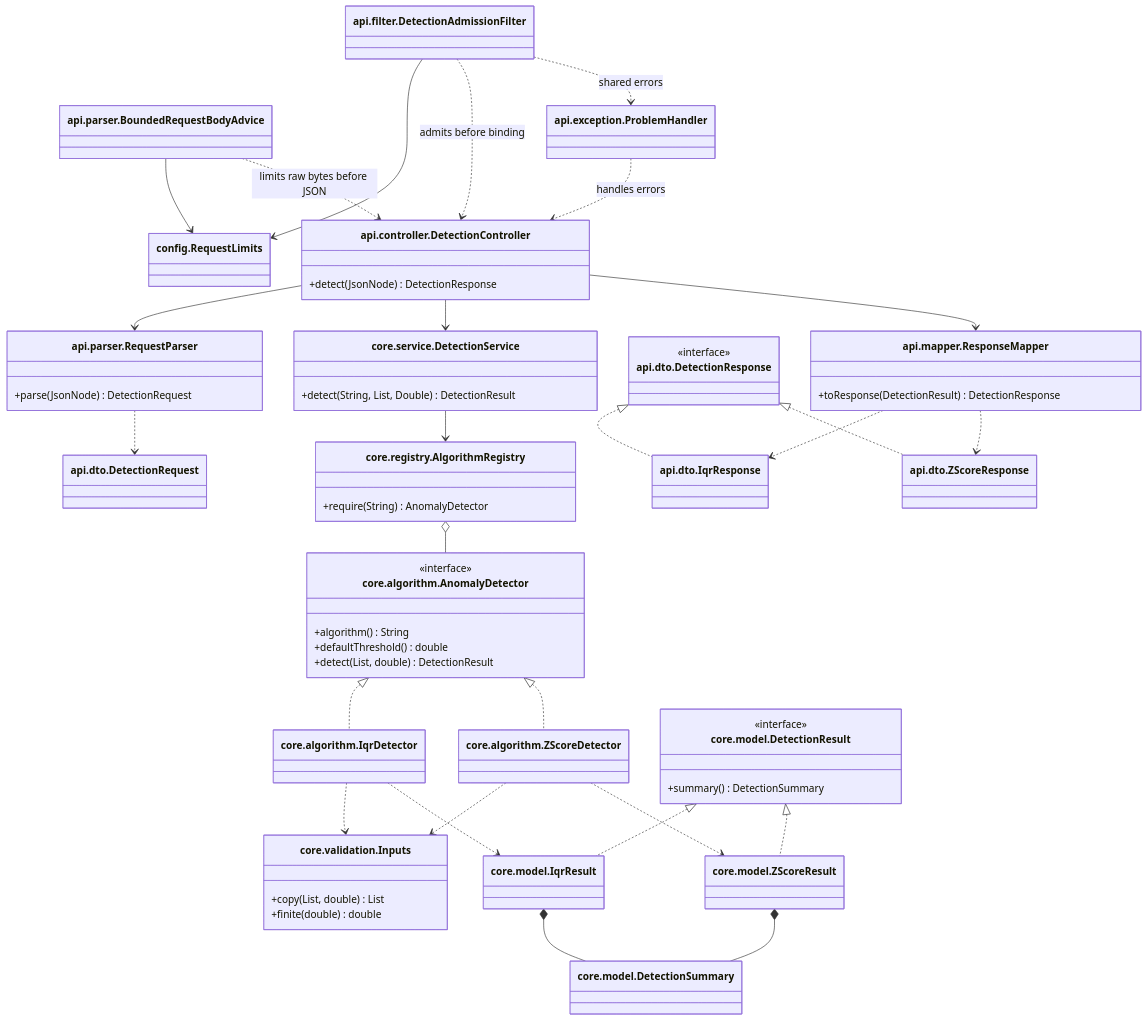
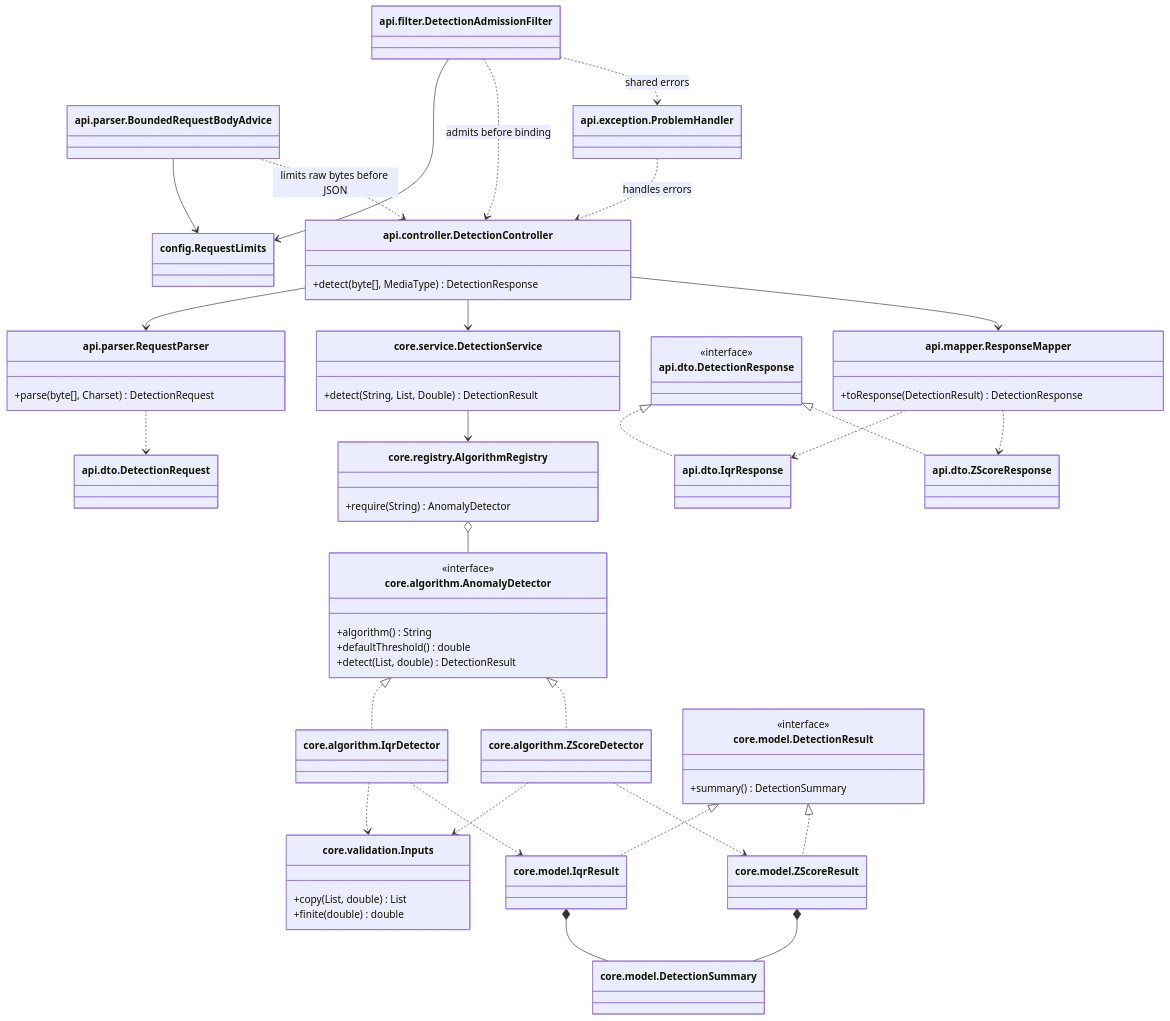
Before and after one commit to ali-souri/anomaly-detection: the diagram in docs/architecture.md, drawn with Mermaid. The commit also changed other lines of this file and 116 other files, not shown here.

````diff
--- a/docs/architecture.md
+++ b/docs/architecture.md
@@ -50,73 +50,73 @@
 ```mermaid
 classDiagram
     class DetectionAdmissionFilter["api.filter.DetectionAdmissionFilter"]
     class BoundedRequestBodyAdvice["api.parser.BoundedRequestBodyAdvice"]
     class RequestLimits["config.RequestLimits"]
     class DetectionController["api.controller.DetectionController"] {
-      +detect(JsonNode) DetectionResponse
+      +detect(byte[], MediaType) DetectionResponse
     }
     class RequestParser["api.parser.RequestParser"] {
-      +parse(JsonNode) DetectionRequest
+      +parse(byte[], Charset) DetectionRequest
     }
     class DetectionRequest["api.dto.DetectionRequest"]
     class ResponseMapper["api.mapper.ResponseMapper"] {
       +toResponse(DetectionResult) DetectionResponse
     }
     class DetectionResponse["api.dto.DetectionResponse"] {
       <<interface>>
     }
     class IqrResponse["api.dto.IqrResponse"]
     class ZScoreResponse["api.dto.ZScoreResponse"]
     class DetectionService["core.service.DetectionService"] {
       +detect(String, List, Double) DetectionResult
     }
     class AlgorithmRegistry["core.registry.AlgorithmRegistry"] {
       +require(String) AnomalyDetector
     }
     class AnomalyDetector["core.algorithm.AnomalyDetector"] {
       <<interface>>
       +algorithm() String
       +defaultThreshold() double
       +detect(List, double) DetectionResult
     }
     class IqrDetector["core.algorithm.IqrDetector"]
     class ZScoreDetector["core.algorithm.ZScoreDetector"]
     class DetectionResult["core.model.DetectionResult"] {
       <<interface>>
       +summary() DetectionSummary
     }
     class IqrResult["core.model.IqrResult"]
     class ZScoreResult["core.model.ZScoreResult"]
     class DetectionSummary["core.model.DetectionSummary"]
     class Inputs["core.validation.Inputs"] {
       +copy(List, double) List
       +finite(double) double
     }
     class ProblemHandler["api.exception.ProblemHandler"]
     DetectionAdmissionFilter --> RequestLimits
     DetectionAdmissionFilter ..> DetectionController : admits before binding
     DetectionAdmissionFilter ..> ProblemHandler : shared errors
     BoundedRequestBodyAdvice --> RequestLimits
     BoundedRequestBodyAdvice ..> DetectionController : limits raw bytes before JSON
     DetectionController --> RequestParser
     RequestParser ..> DetectionRequest
     DetectionController --> DetectionService
     DetectionController --> ResponseMapper
     ResponseMapper ..> IqrResponse
     ResponseMapper ..> ZScoreResponse
     DetectionResponse <|.. IqrResponse
     DetectionResponse <|.. ZScoreResponse
     DetectionService --> AlgorithmRegistry
     AlgorithmRegistry o-- AnomalyDetector
     AnomalyDetector <|.. IqrDetector
     AnomalyDetector <|.. ZScoreDetector
     IqrDetector ..> Inputs
     ZScoreDetector ..> Inputs
     IqrDetector ..> IqrResult
     ZScoreDetector ..> ZScoreResult
     DetectionResult <|.. IqrResult
     DetectionResult <|.. ZScoreResult
     IqrResult *-- DetectionSummary
     ZScoreResult *-- DetectionSummary
     ProblemHandler ..> DetectionController : handles errors
 ```
````
